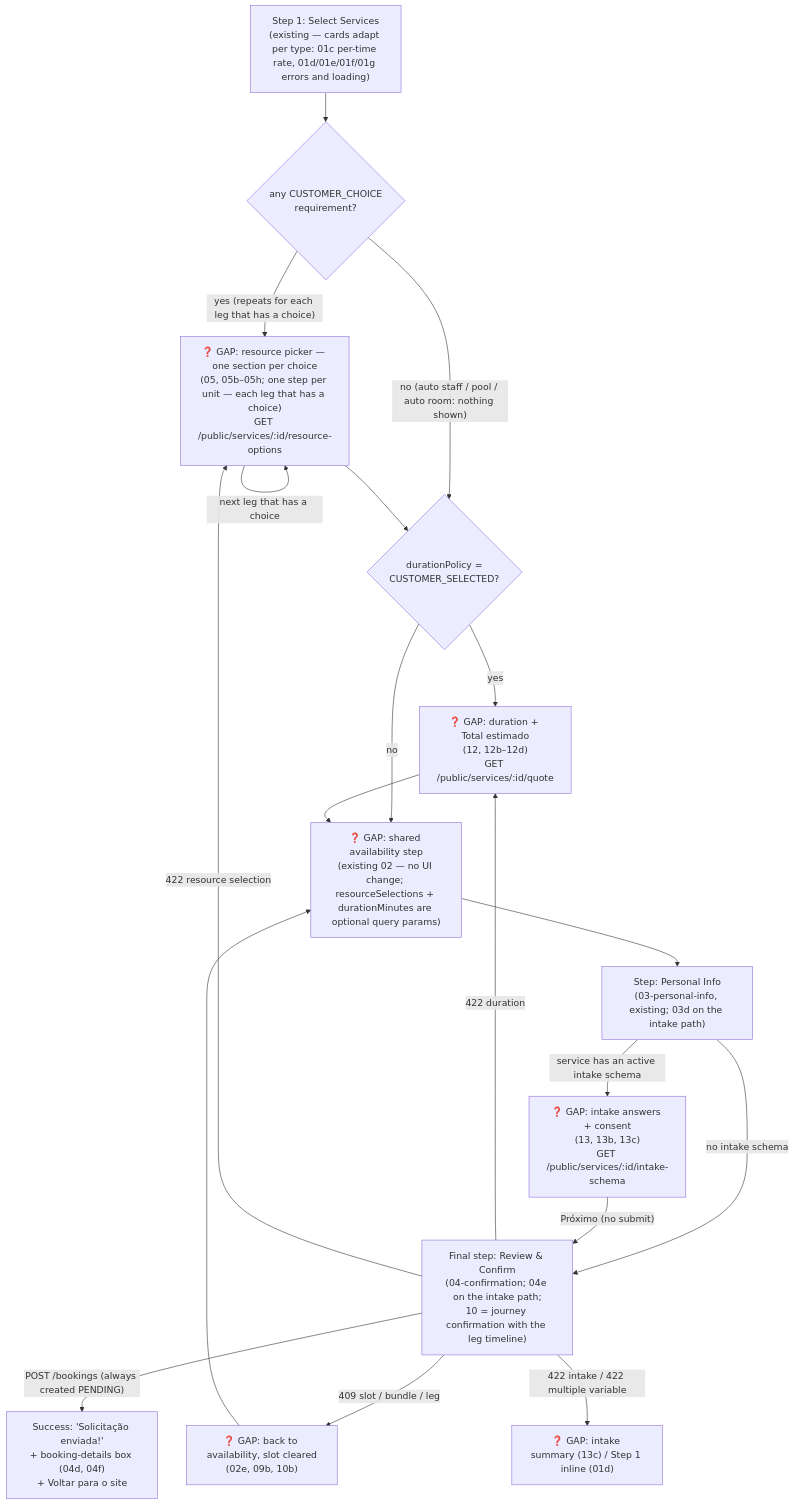
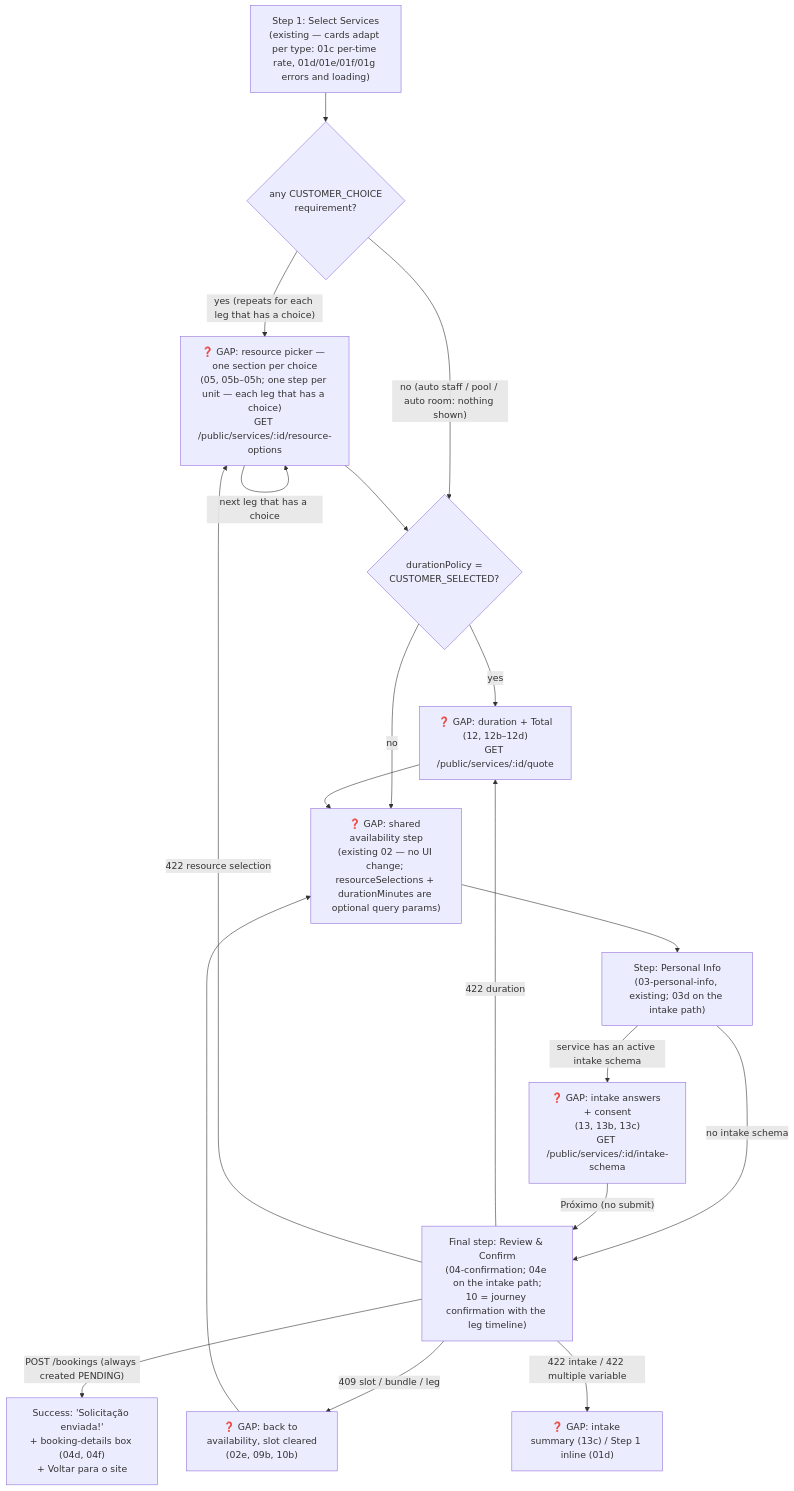
The second of 2 diagrams in plan/journey/guest/book-a-service.md (lmmoreira/ikaro), drawn with Mermaid before and after one commit. The commit also changed other lines of this file and 34 other files, not shown here.

First line of the commit message:
docs(journey): docs-audit fixes for the M23 booking flow and customer reschedule prototypes

````diff
--- a/plan/journey/guest/book-a-service.md
+++ b/plan/journey/guest/book-a-service.md
@@ -59,24 +59,24 @@
 ```mermaid
 flowchart TD
     classDef gap stroke:#f00,stroke-dasharray: 5 5,fill:#fee
 
     S1b["Step 1: Select Services<br/>(existing — cards adapt per type: 01c per-time rate, 01d/01e/01f/01g errors and loading)"] --> HasChoice{"any CUSTOMER_CHOICE<br/>requirement?"}
     HasChoice -- "yes (repeats for each leg that has a choice)" --> Picker["❓ GAP: resource picker — one section per choice<br/>(05, 05b–05h; one step per unit — each leg that has a choice)<br/>GET /public/services/:id/resource-options"]
     HasChoice -- "no (auto staff / pool / auto room: nothing shown)" --> HasDuration
     Picker -->|"next leg that has a choice"| Picker
     Picker --> HasDuration{"durationPolicy =<br/>CUSTOMER_SELECTED?"}
-    HasDuration -- "yes" --> Duration["❓ GAP: duration + Total estimado<br/>(12, 12b–12d)<br/>GET /public/services/:id/quote"]
+    HasDuration -- "yes" --> Duration["❓ GAP: duration + Total<br/>(12, 12b–12d)<br/>GET /public/services/:id/quote"]
     HasDuration -- "no" --> Availability
     Duration --> Availability["❓ GAP: shared availability step<br/>(existing 02 — no UI change; resourceSelections + durationMinutes are optional query params)"]
 
     Availability --> S3m["Step: Personal Info<br/>(03-personal-info, existing; 03d on the intake path)"]
     S3m -->|"service has an active intake schema"| Intake["❓ GAP: intake answers + consent<br/>(13, 13b, 13c)<br/>GET /public/services/:id/intake-schema"]
     S3m -->|"no intake schema"| Confirm
     Intake -->|"Próximo (no submit)"| Confirm["Final step: Review & Confirm<br/>(04-confirmation; 04e on the intake path;<br/>10 = journey confirmation with the leg timeline)"]
     Confirm -->|"POST /bookings (always created PENDING)"| Done["Success: 'Solicitação enviada!'<br/>+ booking-details box (04d, 04f)<br/>+ Voltar para o site"]
     Confirm -->|"409 slot / bundle / leg"| BackAvail["❓ GAP: back to availability, slot cleared<br/>(02e, 09b, 10b)"]
     Confirm -->|"422 duration"| Duration
     Confirm -->|"422 resource selection"| Picker
     Confirm -->|"422 intake / 422 multiple variable"| Errors["❓ GAP: intake summary (13c) / Step 1 inline (01d)"]
     BackAvail --> Availability
 ```
````
